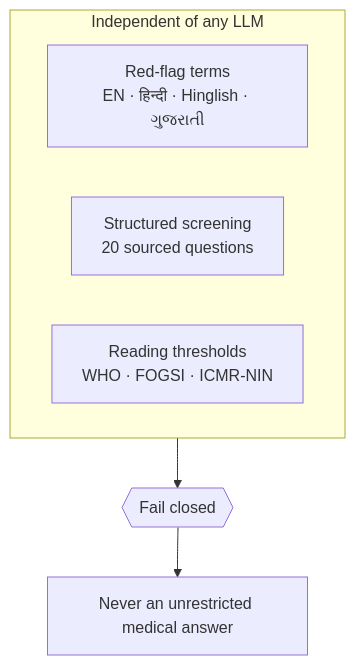
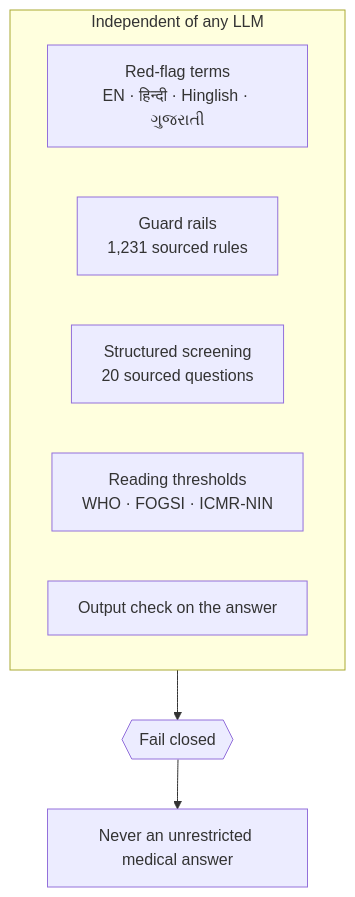
The third of 4 diagrams in README.md (BhavyaSoneji/MATRIVA), drawn with Mermaid before and after one commit. The commit also changed other lines of this file, not shown here.

Commit message:
README: rewrite the safety section as a layer table with the guard rails in it

````diff
--- a/README.md
+++ b/README.md
@@ -220,10 +229,12 @@
 ```mermaid
 flowchart TB
     subgraph Rules["Independent of any LLM"]
       A[Red-flag terms<br/>EN · हिन्दी · Hinglish · ગુજરાતી]
+      G[Guard rails<br/>1,231 sourced rules]
       B[Structured screening<br/>20 sourced questions]
       C[Reading thresholds<br/>WHO · FOGSI · ICMR-NIN]
+      O[Output check on the answer]
     end
     Rules --> D{{Fail closed}}
     D --> E[Never an unrestricted medical answer]
 ```
````
